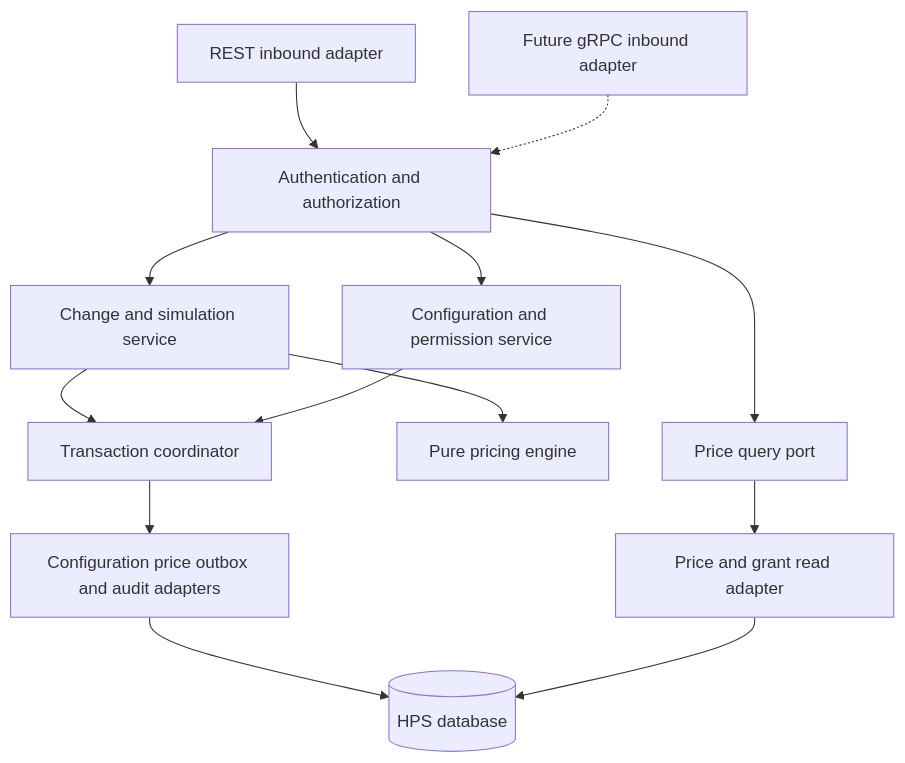
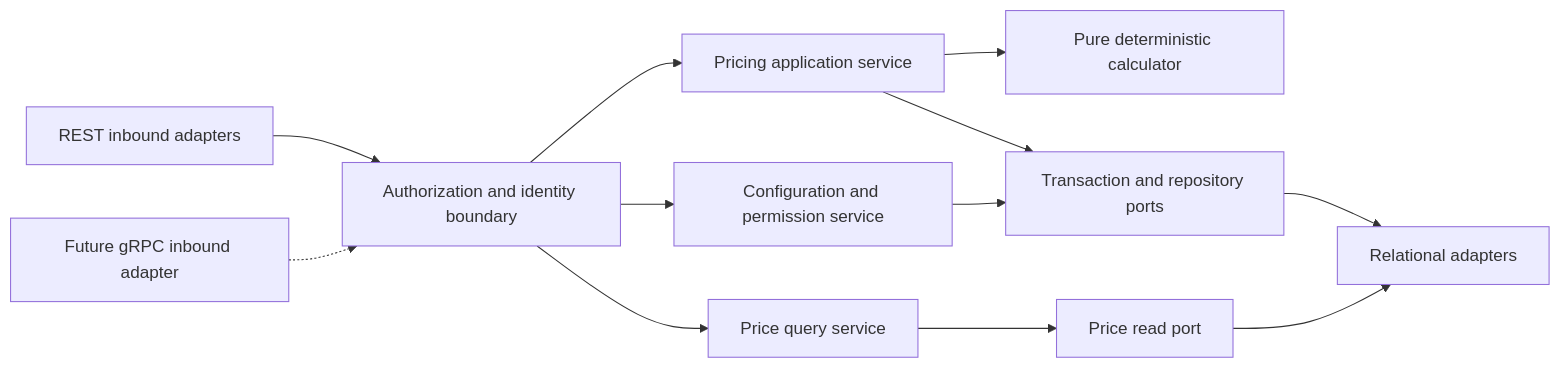
One commit to yoona96/ADD_Codex changed the fourth of 13 diagrams in HPS/design/architecture.md. Above: the diagram before and after it, drawn with Mermaid. The commit also changed other lines of this file and 13 other files, not shown here.

````diff
--- a/HPS/design/architecture.md
+++ b/HPS/design/architecture.md
@@ -213,15 +170,14 @@
 ```mermaid
-flowchart TD
-    Rest[REST inbound adapter] --> Auth[Authentication and authorization]
-    Grpc[Future gRPC inbound adapter] -.-> Auth
-    Auth --> Change[Change and simulation service]
-    Auth --> Query[Price query port]
+flowchart LR
+    REST[REST inbound adapters] --> Auth[Authorization and identity boundary]
+    Future[Future gRPC inbound adapter] -.-> Auth
+    Auth --> Commands[Pricing application service]
+    Auth --> Queries[Price query service]
     Auth --> Admin[Configuration and permission service]
-    Change --> Calc[Pure pricing engine]
-    Change --> Unit[Transaction coordinator]
-    Admin --> Unit
-    Query --> Read[Price and grant read adapter]
-    Unit --> Write[Configuration price outbox and audit adapters]
-    Write --> DB[(HPS database)]
-    Read --> DB
+    Commands --> Calc[Pure deterministic calculator]
+    Commands --> UOW[Transaction and repository ports]
+    Queries --> Read[Price read port]
+    Admin --> UOW
+    UOW --> SQL[Relational adapters]
+    Read --> SQL
 ```
````
